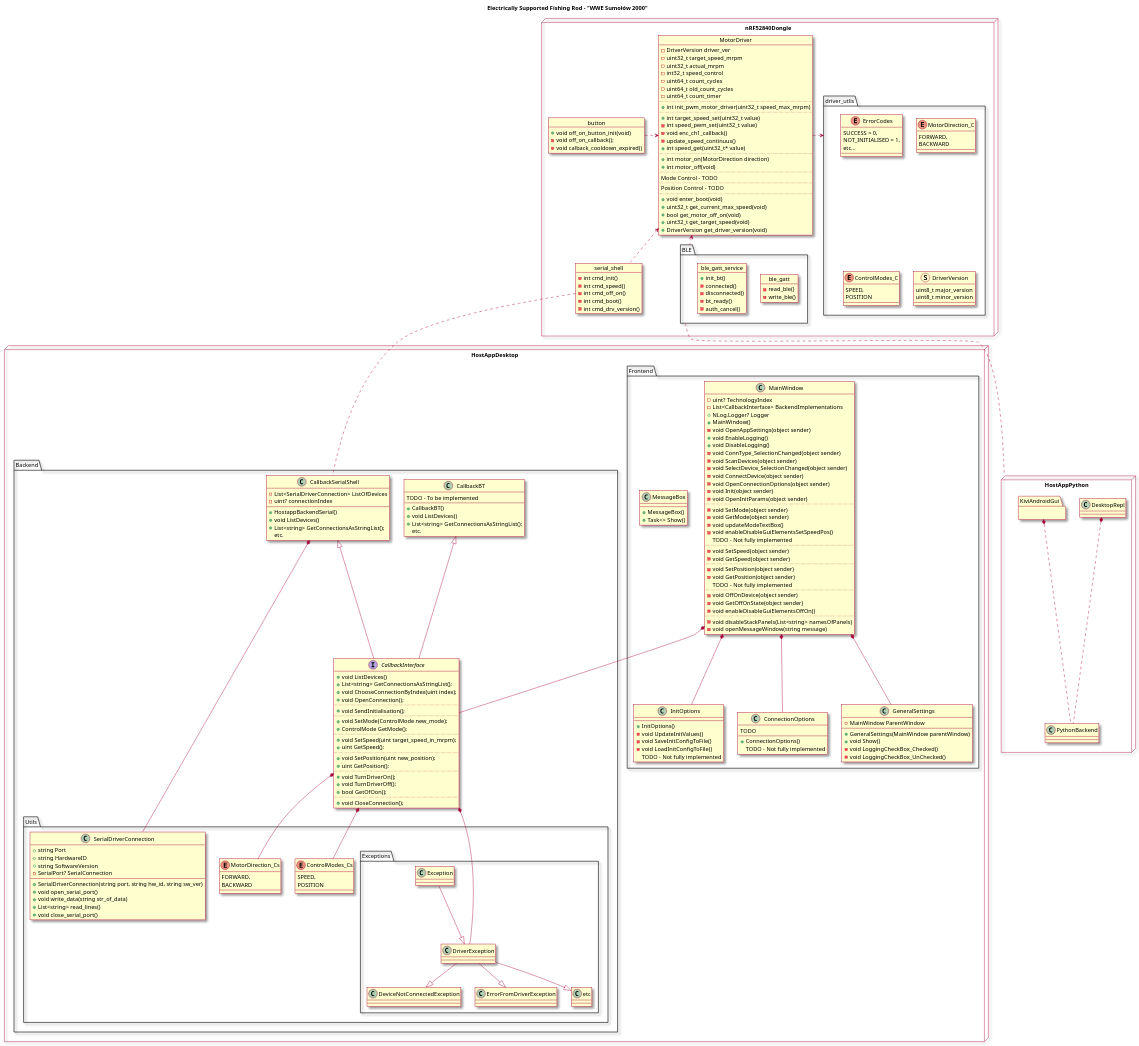
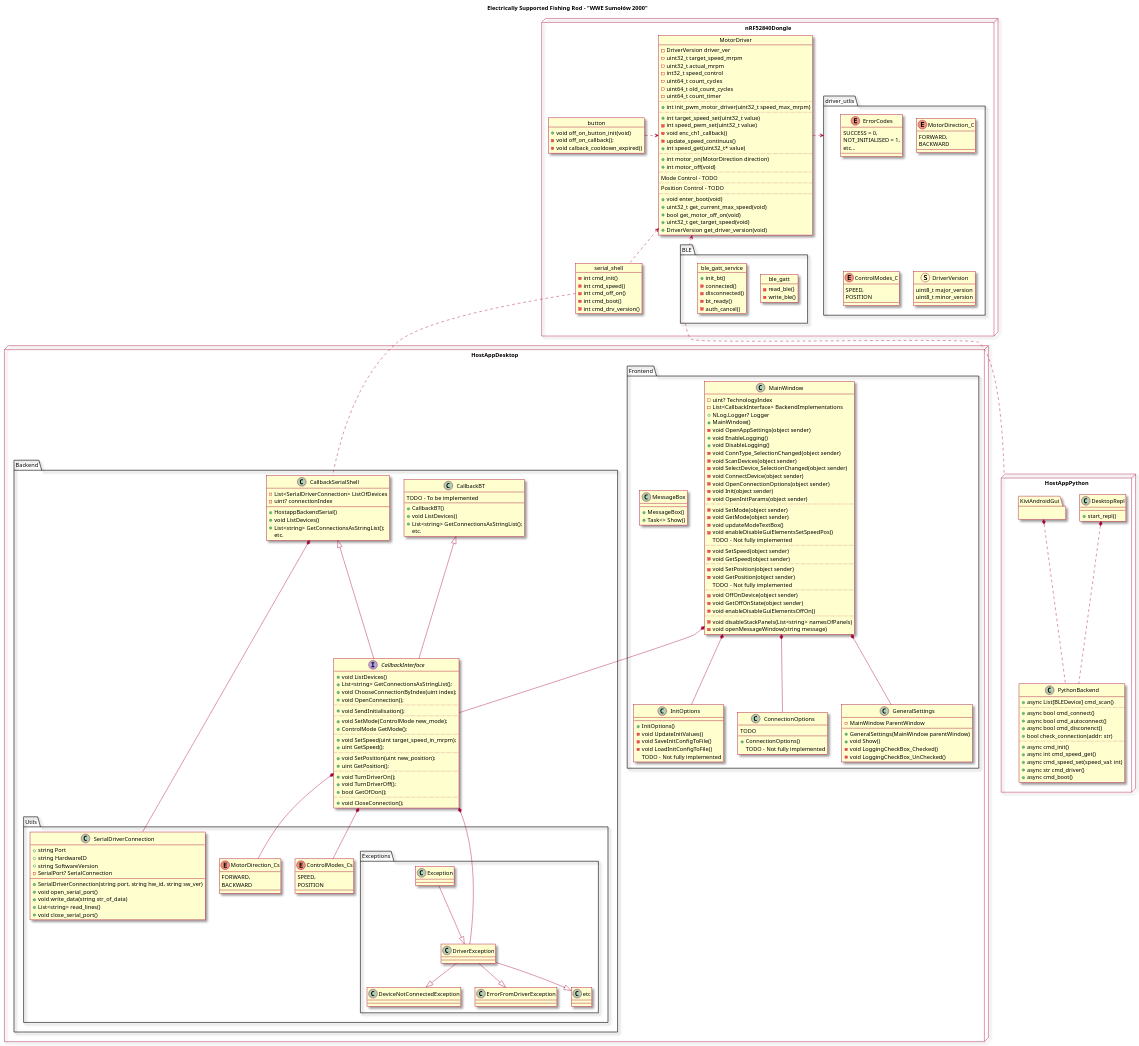
One commit to KN-Integra/Electrically-supported-fishing-rod changed the diagram in UML_Diagram/SystemDiagram.wsd. Above: the diagram before and after it, drawn with PlantUML.

Commit message:
added PythonBackend UML

```diff
--- a/UML_Diagram/SystemDiagram.wsd
+++ b/UML_Diagram/SystemDiagram.wsd
@@ -180,11 +180,22 @@
   }
 
   class DesktopRepl{
-
+    + start_repl()
   }
 
   class PythonBackend{
-
+    + async List[BLEDevice] cmd_scan()
+    ..
+    + async bool cmd_connect()
+    + async bool cmd_autoconnect()
+    + async bool cmd_disconenct()
+    + bool check_connection(addr: str)
+    ..
+    + async cmd_init()
+    + async int cmd_speed_get()
+    + async cmd_speed_set(speed_val: int)
+    + async str cmd_driver()
+    + async cmd_boot()
   }
 
   KiviAndroidGui *.down. PythonBackend
```
